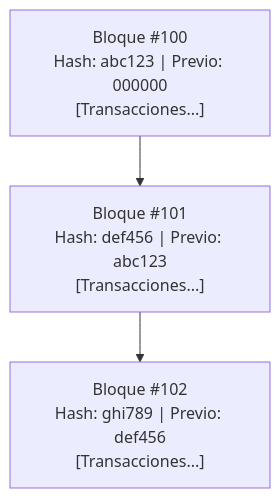
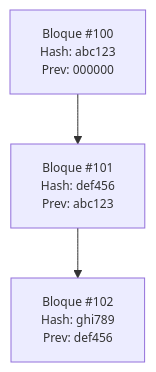
The first of 2 diagrams in conceptos/02-que-es-blockchain.md (kernel-devs-lab/lab), drawn with Mermaid before and after one commit. The commit also changed 4 other files, not shown here.

Commit message:
fix(docs): acortar etiquetas y ajustar fuente en diagramas mermaid

````diff
--- a/conceptos/02-que-es-blockchain.md
+++ b/conceptos/02-que-es-blockchain.md
@@ -33,5 +33,6 @@
 ```mermaid
+%%{init: {'themeVariables': {'fontSize': '12px', 'fontFamily': 'arial'}}}%%
 flowchart TD
-    B1["Bloque #100<br/>Hash: abc123 | Previo: 000000<br/>[Transacciones...]"] --> B2["Bloque #101<br/>Hash: def456 | Previo: abc123<br/>[Transacciones...]"]
-    B2 --> B3["Bloque #102<br/>Hash: ghi789 | Previo: def456<br/>[Transacciones...]"]
+    B1["Bloque #100<br/>Hash: abc123<br/>Prev: 000000"] --> B2["Bloque #101<br/>Hash: def456<br/>Prev: abc123"]
+    B2 --> B3["Bloque #102<br/>Hash: ghi789<br/>Prev: def456"]
 ```
````
